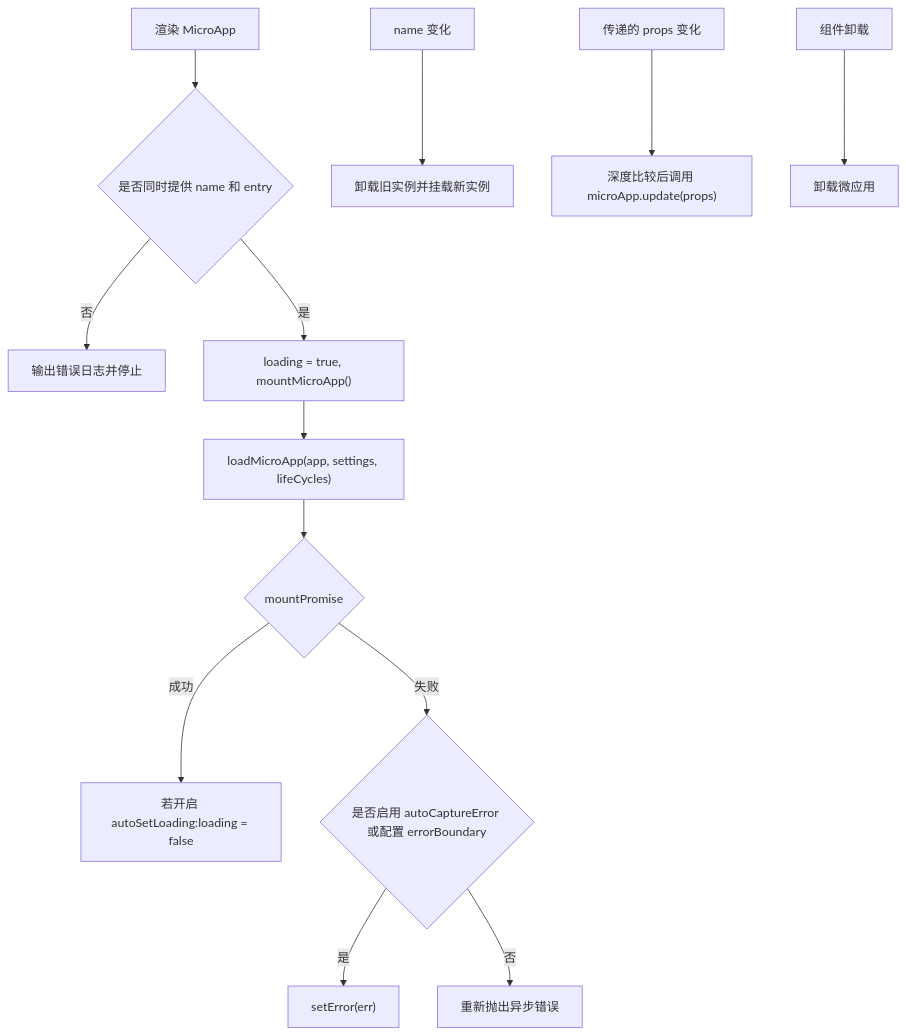
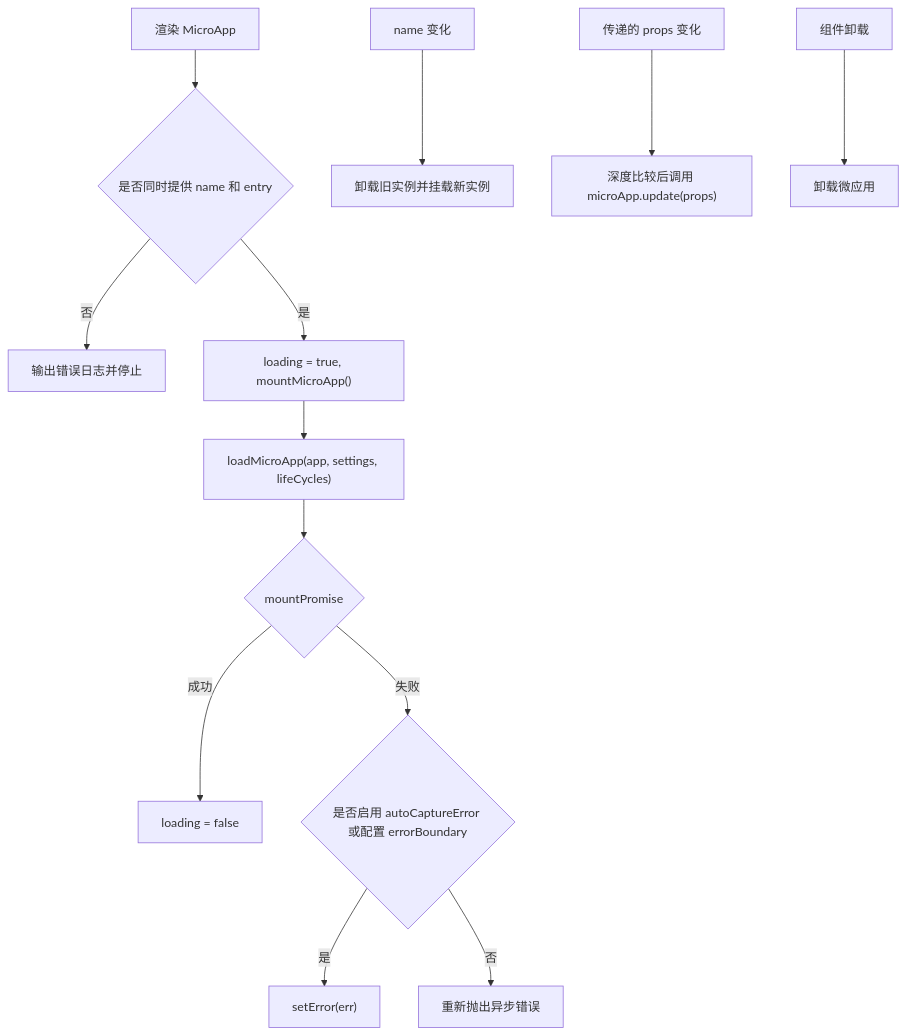
The diagram in docs/zh-CN/ecosystem/react.md (umijs/qiankun), drawn with Mermaid before and after one commit. The commit also changed other lines of this file and 47 other files, not shown here.

````diff
--- a/docs/zh-CN/ecosystem/react.md
+++ b/docs/zh-CN/ecosystem/react.md
@@ -263,15 +262,15 @@
 ```mermaid
 flowchart TD
   A[渲染 MicroApp] --> B{是否同时提供 name 和 entry}
   B -- 否 --> B0[输出错误日志并停止]
   B -- 是 --> C["loading = true, mountMicroApp()"]
   C --> D["loadMicroApp(app, settings, lifeCycles)"]
   D --> E{mountPromise}
-  E -- 成功 --> F["若开启 autoSetLoading:loading = false"]
+  E -- 成功 --> F["loading = false"]
   E -- 失败 --> G{是否启用 autoCaptureError 或配置 errorBoundary}
   G -- 是 --> H["setError(err)"]
   G -- 否 --> I["重新抛出异步错误"]
   J[name 变化] --> K[卸载旧实例并挂载新实例]
   L[传递的 props 变化] --> M["深度比较后调用 microApp.update(props)"]
   N[组件卸载] --> O[卸载微应用]
 ```
````
